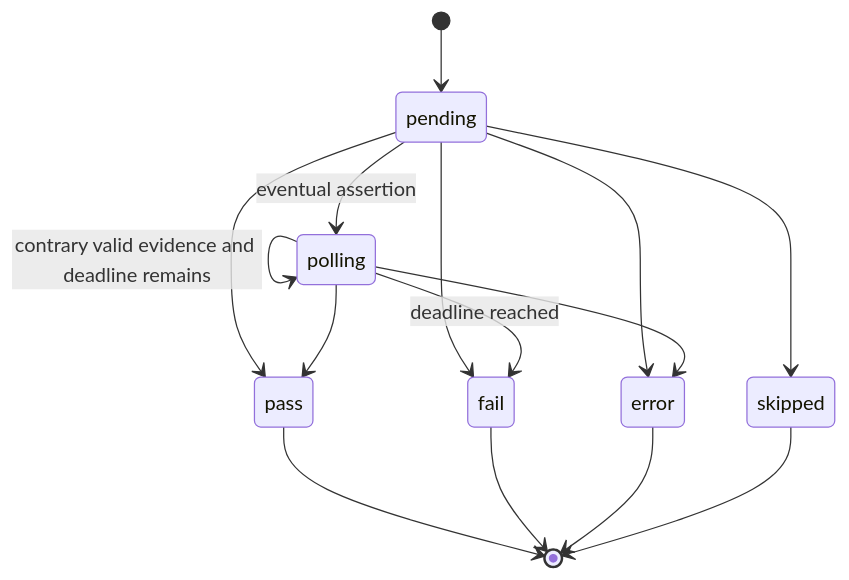
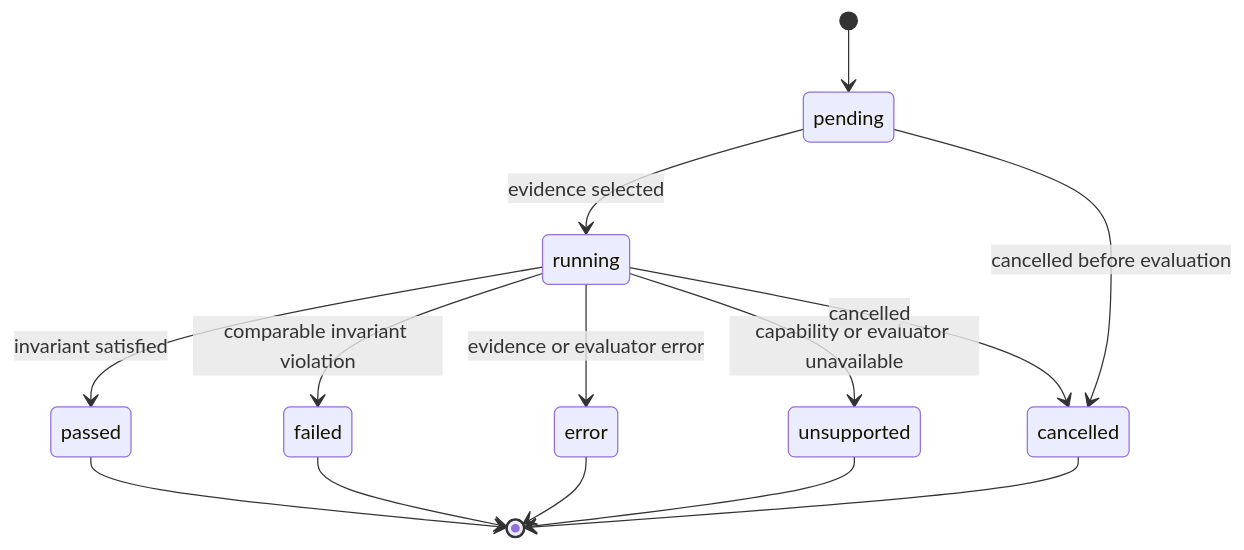
The diagram in diagrams/state-assertion.mmd (luckyteagirl/webhook-receiver-conformance), drawn with Mermaid before and after one commit. The commit also changed 63 other files, not shown here.

```diff
--- a/diagrams/state-assertion.mmd
+++ b/diagrams/state-assertion.mmd
@@ -1,15 +1,14 @@
 stateDiagram-v2
   [*] --> pending
-  pending --> polling: eventual assertion
-  polling --> polling: contrary valid evidence and deadline remains
-  pending --> pass
-  pending --> fail
-  pending --> error
-  pending --> skipped
-  polling --> pass
-  polling --> fail: deadline reached
-  polling --> error
-  pass --> [*]
-  fail --> [*]
+  pending --> running: evidence selected
+  pending --> cancelled: cancelled before evaluation
+  running --> passed: invariant satisfied
+  running --> failed: comparable invariant violation
+  running --> error: evidence or evaluator error
+  running --> unsupported: capability or evaluator unavailable
+  running --> cancelled: cancelled
+  passed --> [*]
+  failed --> [*]
   error --> [*]
-  skipped --> [*]
+  unsupported --> [*]
+  cancelled --> [*]
```
